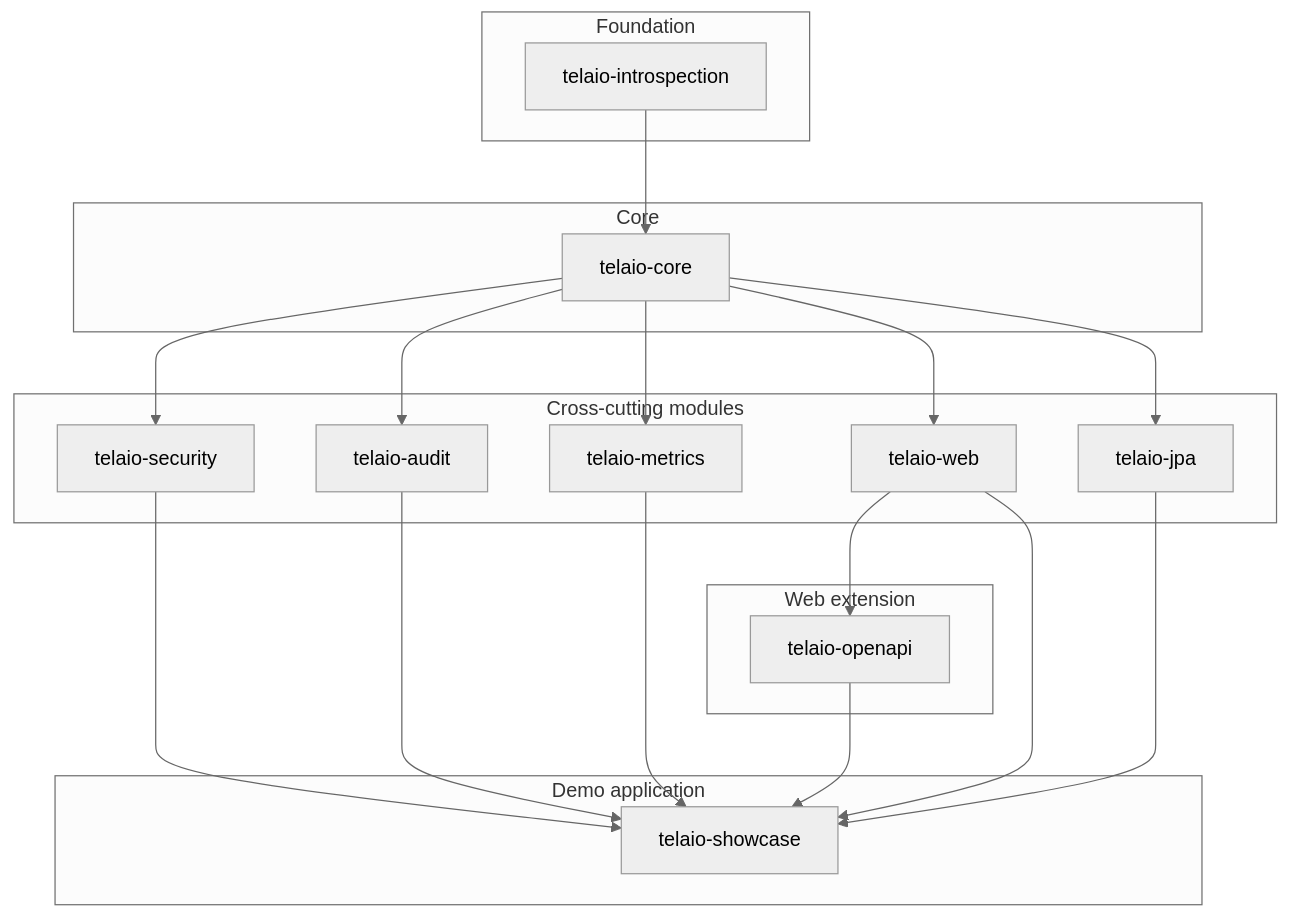
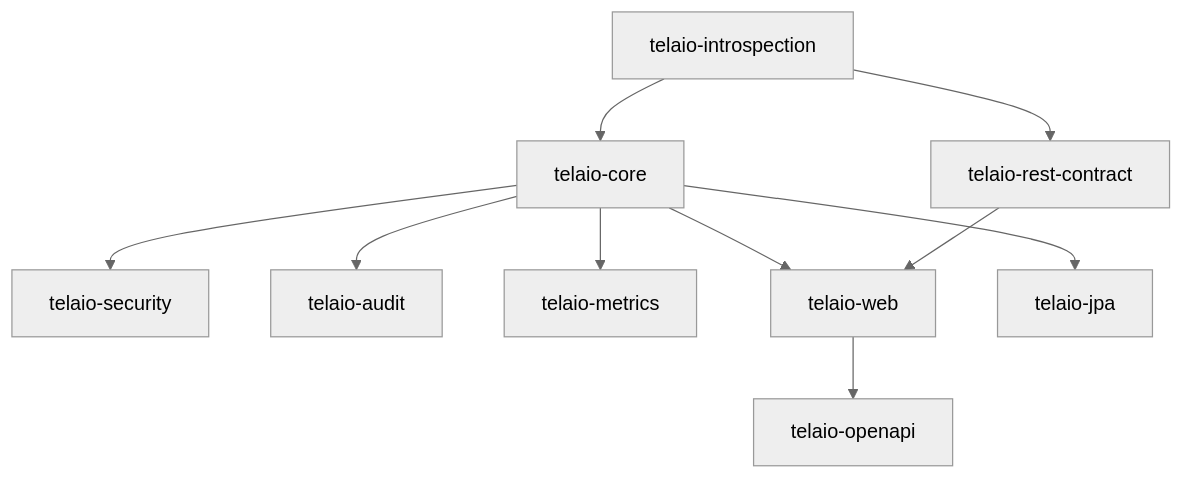
The first of 2 diagrams in README.md (marcopag90/telaio), drawn with Mermaid (neutral theme) before and after one commit. The commit also changed other lines of this file and 108 other files, not shown here.

First line of the commit message:
feat: typed REST client for the DAL API (rest-contract, rest-client-shared, rest-client) (#14)

````diff
--- a/README.md
+++ b/README.md
@@ -310,36 +355,12 @@
 ```mermaid
 graph TD
-    subgraph Foundation
-        INTRO[telaio-introspection]
-    end
-    subgraph Core
-        CORE[telaio-core]
-    end
-    subgraph "Cross-cutting modules"
-        SEC[telaio-security]
-        AUDIT[telaio-audit]
-        METRICS[telaio-metrics]
-        WEB[telaio-web]
-        JPA[telaio-jpa]
-    end
-    subgraph "Web extension"
-        OPENAPI[telaio-openapi]
-    end
-    subgraph "Demo application"
-        SHOWCASE[telaio-showcase]
-    end
-
-    INTRO --> CORE
-    CORE --> SEC
-    CORE --> AUDIT
-    CORE --> METRICS
-    CORE --> WEB
-    CORE --> JPA
-    WEB --> OPENAPI
-    SEC --> SHOWCASE
-    AUDIT --> SHOWCASE
-    METRICS --> SHOWCASE
-    WEB --> SHOWCASE
-    JPA --> SHOWCASE
-    OPENAPI --> SHOWCASE
+    INTRO[telaio-introspection] --> CORE[telaio-core]
+    INTRO --> CONTRACT[telaio-rest-contract]
+    CORE --> SEC[telaio-security]
+    CORE --> AUDIT[telaio-audit]
+    CORE --> METRICS[telaio-metrics]
+    CORE --> WEB[telaio-web]
+    CORE --> JPA[telaio-jpa]
+    CONTRACT --> WEB
+    WEB --> OPENAPI[telaio-openapi]
 ```
````
